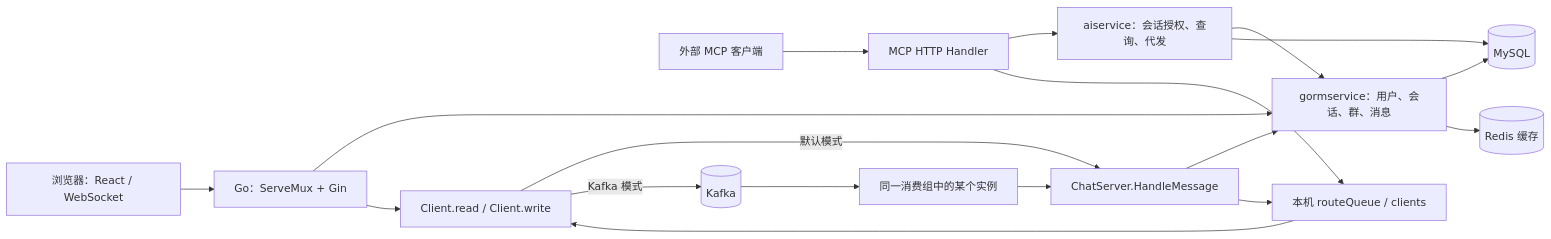
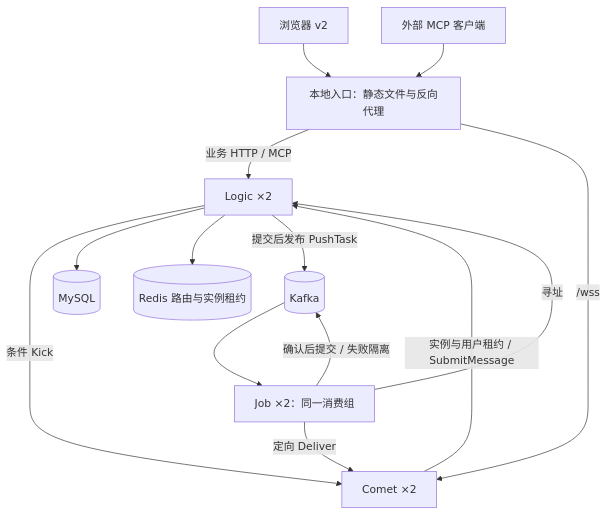
The diagram in docs/architecture.md (LosAveRoad/fable), drawn with Mermaid before and after one commit. The commit also changed other lines of this file and 27 other files, not shown here.

````diff
--- a/docs/architecture.md
+++ b/docs/architecture.md
@@ -45,20 +17,16 @@
 ```mermaid
-flowchart LR
-    Browser["浏览器：React / WebSocket"] --> HTTP["Go：ServeMux + Gin"]
-    Agent["外部 MCP 客户端"] --> MCP["MCP HTTP Handler"]
-    HTTP --> Business["gormservice：用户、会话、群、消息"]
-    MCP --> AI["aiservice：会话授权、查询、代发"]
-    AI --> Business
-    AI --> DB[(MySQL)]
-    Business --> DB
-    Business --> Cache[(Redis 缓存)]
-    HTTP --> Client["Client.read / Client.write"]
-    Client -->|默认模式| Handle["ChatServer.HandleMessage"]
-    Client -->|Kafka 模式| Kafka[(Kafka)]
-    Kafka --> Consumer["同一消费组中的某个实例"]
-    Consumer --> Handle
-    Handle --> Business
-    Handle --> Local["本机 routeQueue / clients"]
-    MCP --> Local
-    Local --> Client
+flowchart TB
+    Browser["浏览器 v2"] --> Ingress["本地入口：静态文件与反向代理"]
+    Agent["外部 MCP 客户端"] --> Ingress
+    Ingress -->|"业务 HTTP / MCP"| Logic["Logic ×2"]
+    Ingress -->|"/wss"| Comet["Comet ×2"]
+    Comet -->|"实例与用户租约 / SubmitMessage"| Logic
+    Logic -->|"条件 Kick"| Comet
+    Logic --> DB[(MySQL)]
+    Logic --> Routes[(Redis 路由与实例租约)]
+    Logic -->|"提交后发布 PushTask"| Kafka[(Kafka)]
+    Kafka --> Job["Job ×2：同一消费组"]
+    Job -->|"寻址"| Logic
+    Job -->|"定向 Deliver"| Comet
+    Job -->|"确认后提交 / 失败隔离"| Kafka
 ```
````
